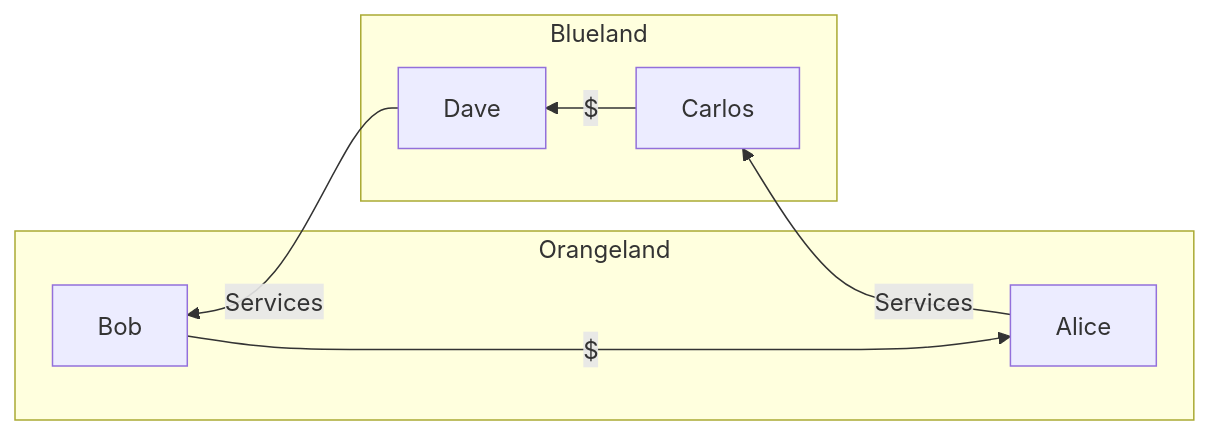
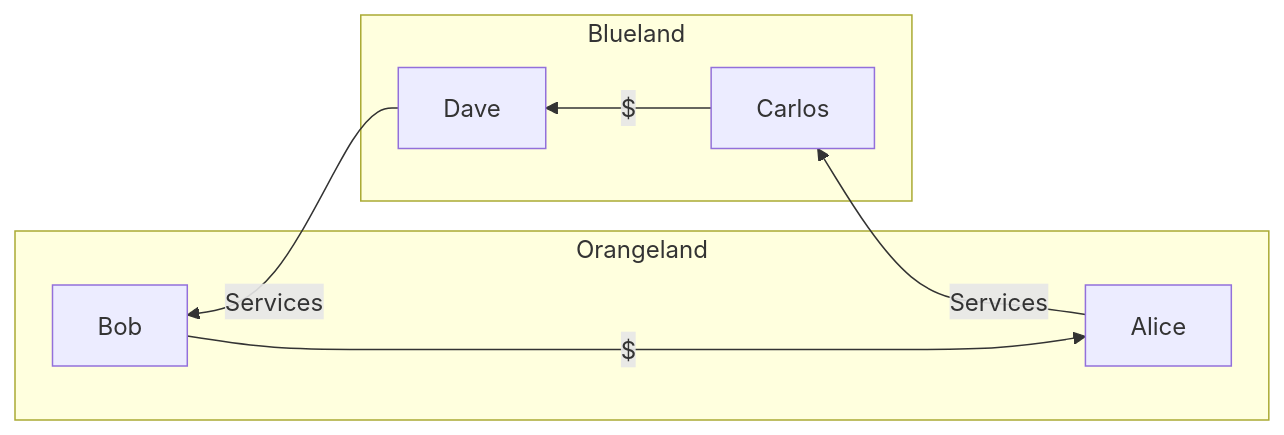
The fourth of 4 diagrams in en/gap.md (johnthesmith/scraps), drawn with Mermaid before and after one commit.

````diff
--- a/en/gap.md
+++ b/en/gap.md
@@ -68,18 +68,18 @@
 ```mermaid
 graph RL
     subgraph Orangeland
         Alice
         Bob
     end
 
     subgraph Blueland
         Carlos
         Dave
     end
 
     Alice
     --> |Services| Carlos
-    --> |$| Dave
+    ---> |$| Dave
     --> |Services| Bob
     --> |$| Alice
 ```
````
